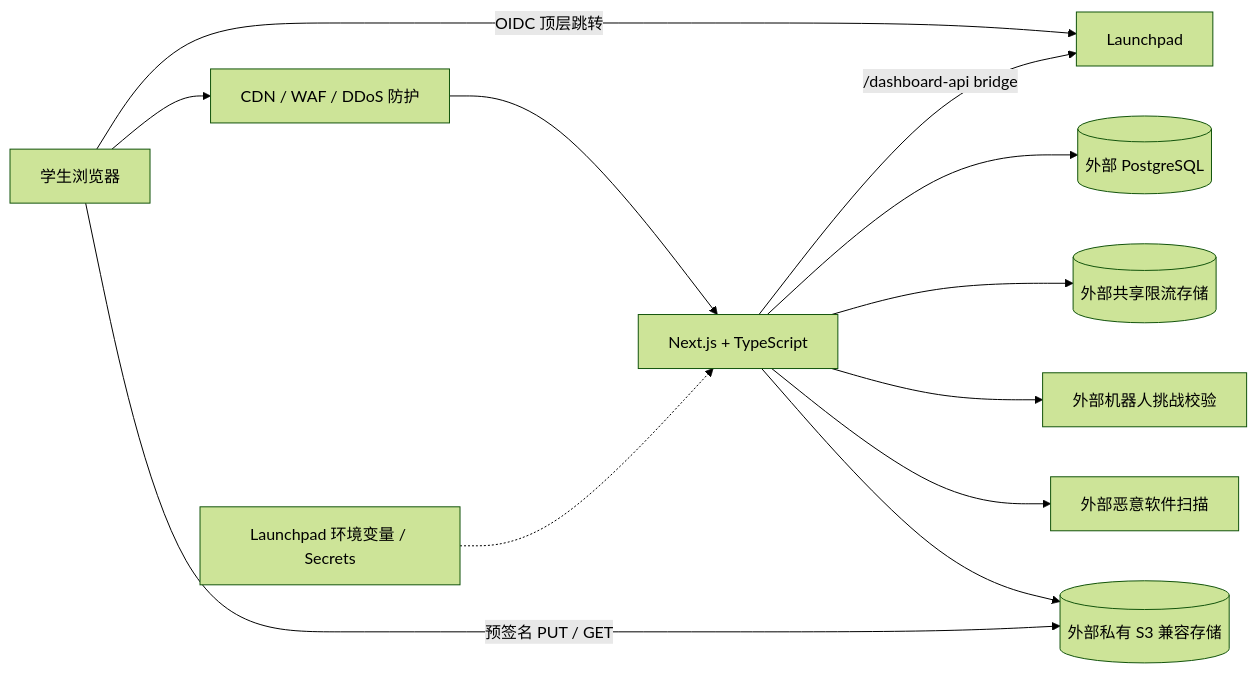
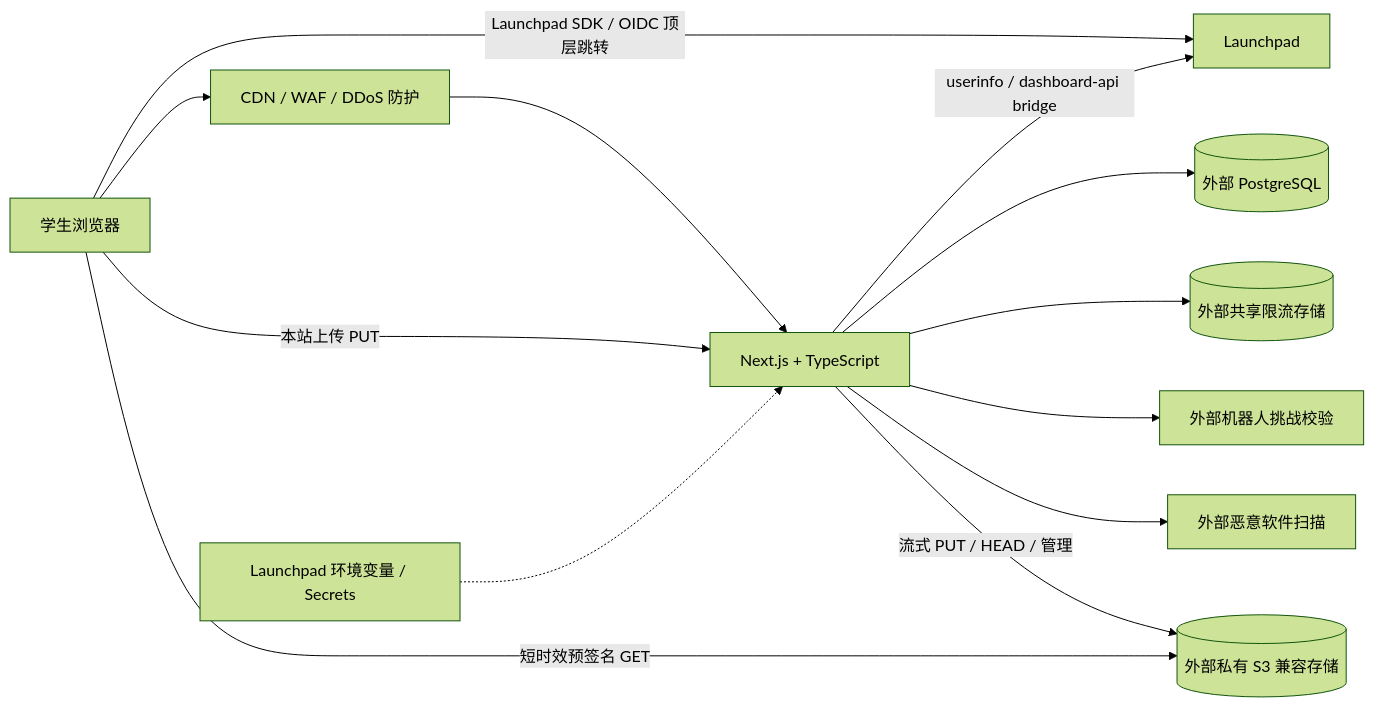
One commit to summerliang74/sider changed the diagram in SHSID-Online-MVP-PRD.md. Above: the diagram before and after it, drawn with Mermaid (forest theme). The commit also changed other lines of this file and 68 other files, not shown here.

Commit message:
Remove local auth and consolidate Launchpad flow

````diff
--- a/SHSID-Online-MVP-PRD.md
+++ b/SHSID-Online-MVP-PRD.md
@@ -236,14 +245,15 @@
 ```mermaid
 flowchart LR
     U[学生浏览器] --> E[CDN / WAF / DDoS 防护]
     E --> N[Next.js + TypeScript]
-    U -->|OIDC 顶层跳转| L[Launchpad]
-    N -->|/dashboard-api bridge| L
+    U -->|Launchpad SDK / OIDC 顶层跳转| L[Launchpad]
+    U -->|本站上传 PUT| N
+    N -->|userinfo / dashboard-api bridge| L
     V[Launchpad 环境变量 / Secrets] -.-> N
     N --> P[(外部 PostgreSQL)]
     N --> R[(外部共享限流存储)]
     N --> B[外部机器人挑战校验]
     N --> M[外部恶意软件扫描]
-    N --> S[(外部私有 S3 兼容存储)]
-    U -->|预签名 PUT / GET| S
+    N -->|流式 PUT / HEAD / 管理| S[(外部私有 S3 兼容存储)]
+    U -->|短时效预签名 GET| S
 ```
````
